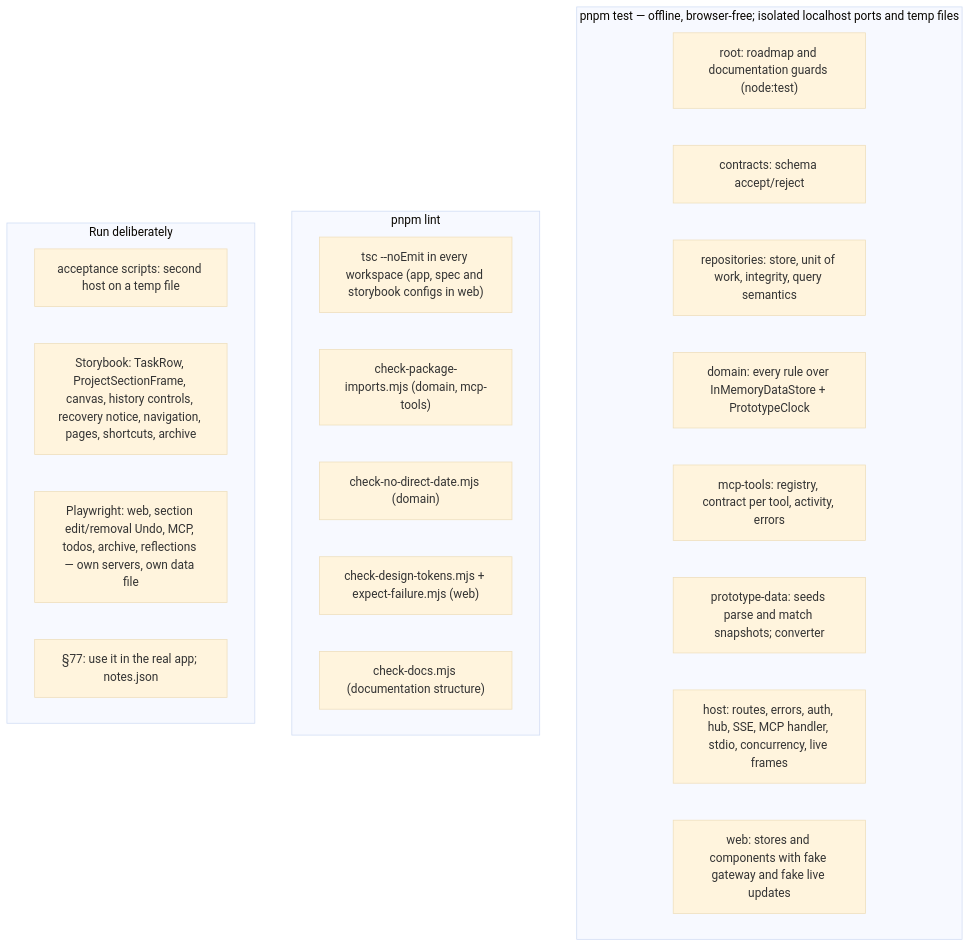
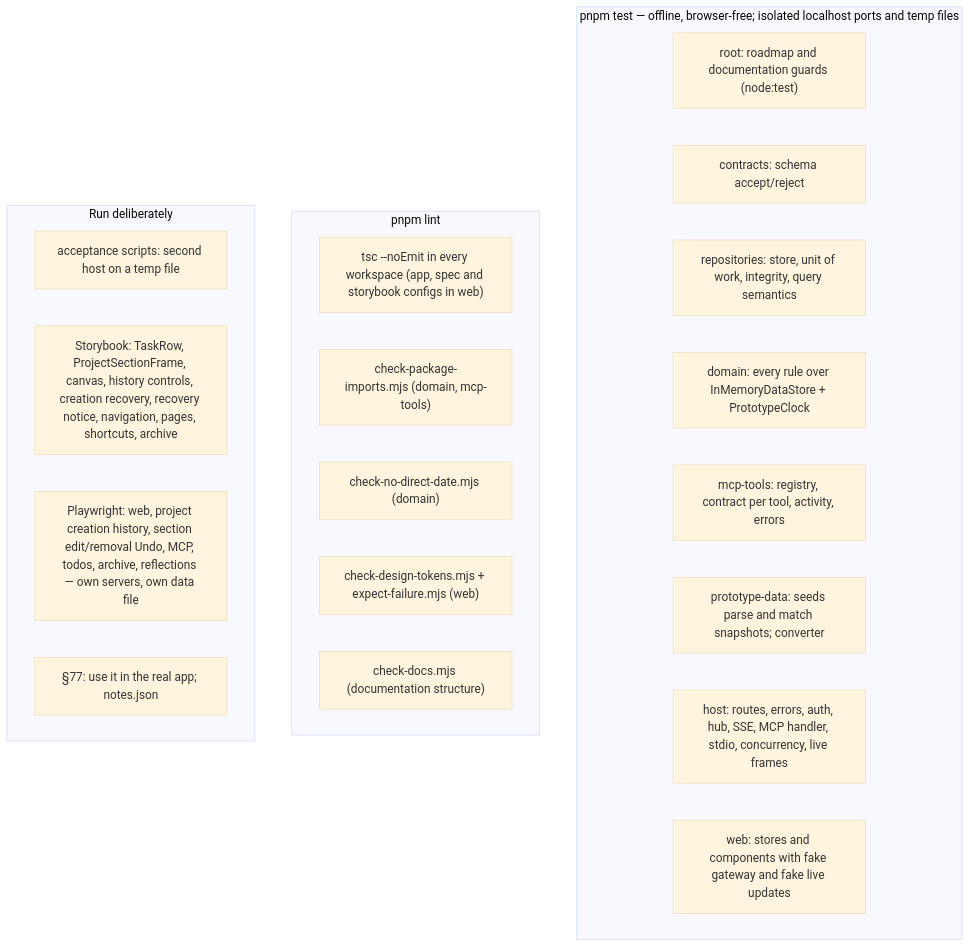
The first of 2 diagrams in docs/architecture/testing/what.md (CalciteDragon/Canvas-work-manager-prototype), drawn with Mermaid (base theme) before and after one commit. The commit also changed other lines of this file and 96 other files, not shown here.

Commit message:
feat(slice-42): complete project creation recovery (§§14, 26, 31)

````diff
--- a/docs/architecture/testing/what.md
+++ b/docs/architecture/testing/what.md
@@ -5,26 +5,26 @@
 ```mermaid
 flowchart TB
   subgraph offline["pnpm test — offline, browser-free; isolated localhost ports and temp files"]
     roadmap["root: roadmap and documentation guards (node:test)"]
     c["contracts: schema accept/reject"]
     r["repositories: store, unit of work, integrity, query semantics"]
     d["domain: every rule over InMemoryDataStore + PrototypeClock"]
     m["mcp-tools: registry, contract per tool, activity, errors"]
     p["prototype-data: seeds parse and match snapshots; converter"]
     h["host: routes, errors, auth, hub, SSE, MCP handler, stdio, concurrency, live frames"]
     w["web: stores and components with fake gateway and fake live updates"]
   end
   subgraph lint["pnpm lint"]
     tsc["tsc --noEmit in every workspace (app, spec and storybook configs in web)"]
     imp["check-package-imports.mjs (domain, mcp-tools)"]
     date["check-no-direct-date.mjs (domain)"]
     tok["check-design-tokens.mjs + expect-failure.mjs (web)"]
     docs["check-docs.mjs (documentation structure)"]
   end
   subgraph real["Run deliberately"]
     acc["acceptance scripts: second host on a temp file"]
-    sb["Storybook: TaskRow, ProjectSectionFrame, canvas, history controls, recovery notice, navigation, pages, shortcuts, archive"]
-    e2e["Playwright: web, section edit/removal Undo, MCP, todos, archive, reflections — own servers, own data file"]
+    sb["Storybook: TaskRow, ProjectSectionFrame, canvas, history controls, creation recovery, recovery notice, navigation, pages, shortcuts, archive"]
+    e2e["Playwright: web, project creation history, section edit/removal Undo, MCP, todos, archive, reflections — own servers, own data file"]
     use["§77: use it in the real app; notes.json"]
   end
 ```
````
